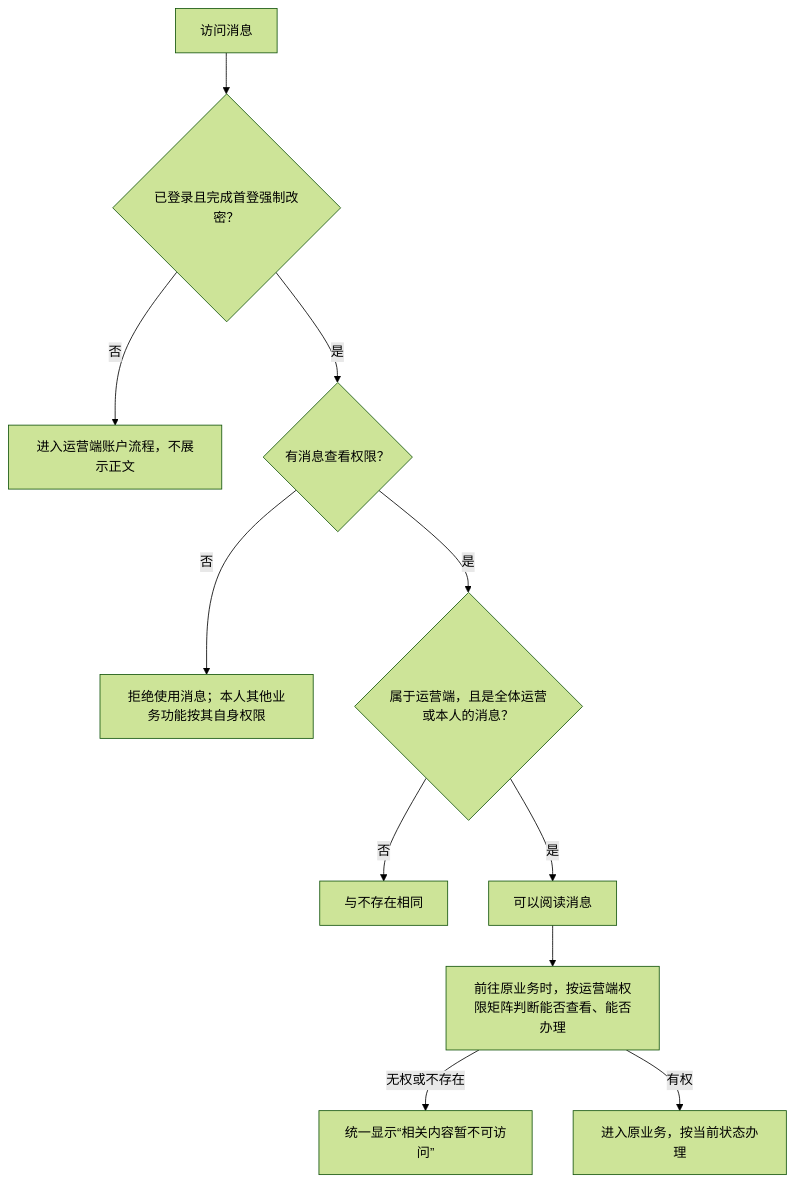
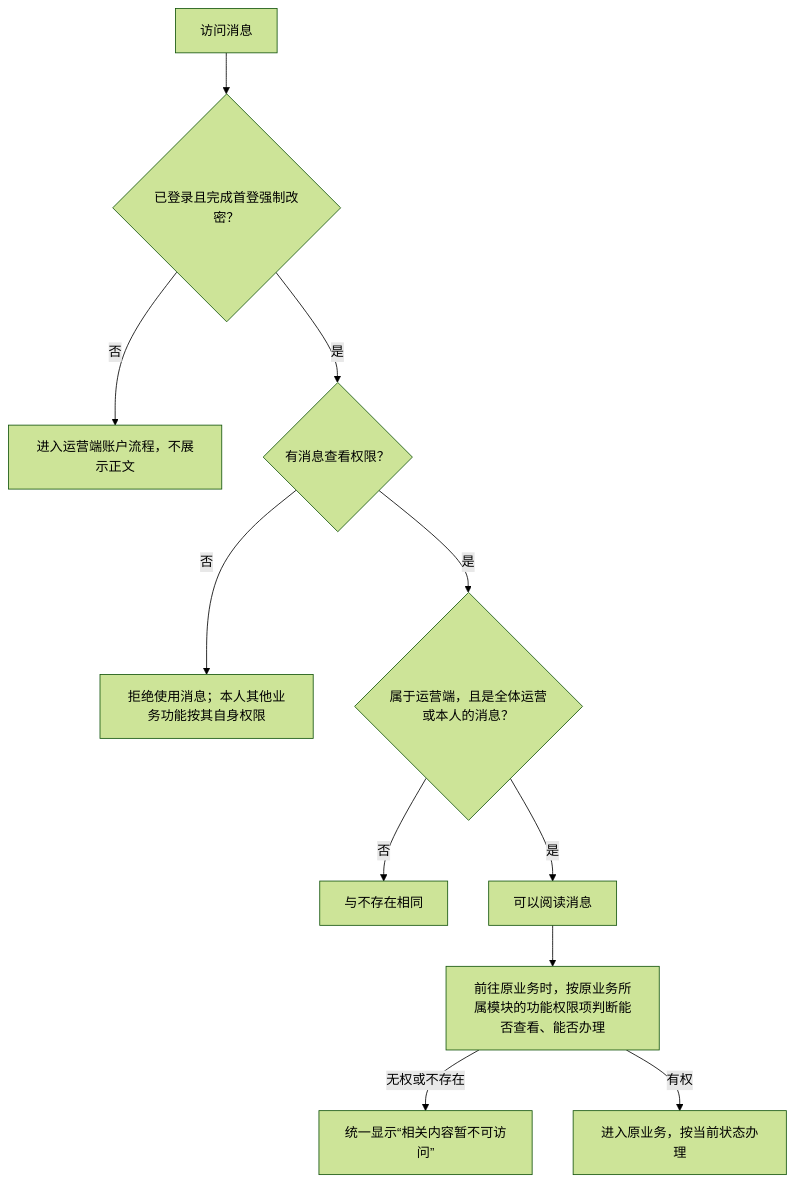
Before and after one commit to wxblockchain/Chain-Financing: the fifth of 7 diagrams in lending-platform/PRD/运营端/07-运营端消息通知/02-运营端消息通知-流程图与状态机.md, drawn with Mermaid (forest theme). The commit also changed other lines of this file and 49 other files, not shown here.

````diff
--- a/lending-platform/PRD/运营端/07-运营端消息通知/02-运营端消息通知-流程图与状态机.md
+++ b/lending-platform/PRD/运营端/07-运营端消息通知/02-运营端消息通知-流程图与状态机.md
@@ -113,13 +113,13 @@
 ```mermaid
 flowchart TD
     A["访问消息"] --> B{"已登录且完成首登强制改密？"}
     B -->|否| C["进入运营端账户流程，不展示正文"]
     B -->|是| D{"有消息查看权限？"}
     D -->|否| E["拒绝使用消息；本人其他业务功能按其自身权限"]
     D -->|是| F{"属于运营端，且是全体运营或本人的消息？"}
     F -->|否| G["与不存在相同"]
     F -->|是| H["可以阅读消息"]
-    H --> I["前往原业务时，按运营端权限矩阵判断能否查看、能否办理"]
+    H --> I["前往原业务时，按原业务所属模块的功能权限项判断能否查看、能否办理"]
     I -->|无权或不存在| J["统一显示“相关内容暂不可访问”"]
     I -->|有权| K["进入原业务，按当前状态办理"]
 ```
````
